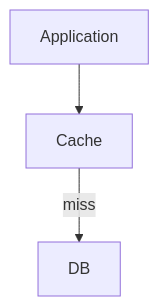
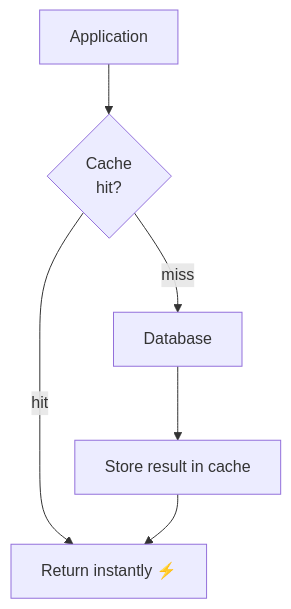
One commit to pankajThakur1874/studysheet changed the seventh of 27 diagrams in files/08-edge-cases/Tier-5-High-Scale-Architecture.md. Above: the diagram before and after it, drawn with Mermaid. The commit also changed other lines of this file and 5 other files, not shown here.

````diff
--- a/files/08-edge-cases/Tier-5-High-Scale-Architecture.md
+++ b/files/08-edge-cases/Tier-5-High-Scale-Architecture.md
@@ -127,5 +328,8 @@
 ```mermaid
 flowchart TD
-    App["Application"] --> Cache["Cache"]
-    Cache -->|miss| DB["DB"]
+    App["Application"] --> Cache{"Cache<br/>hit?"}
+    Cache -->|hit| Fast["Return instantly ⚡"]
+    Cache -->|miss| DB["Database"]
+    DB --> Store["Store result in cache"]
+    Store --> Fast
 ```
````
